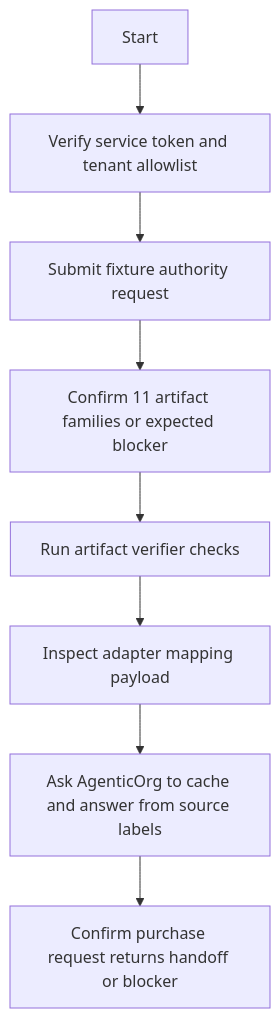
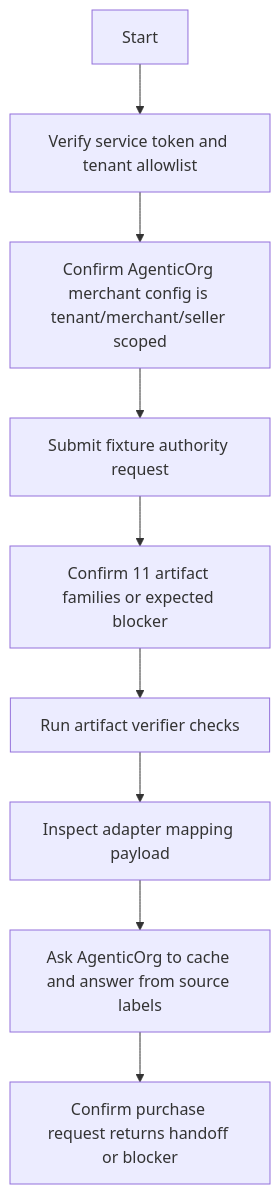
Before and after one commit to mishrasanjeev/grantex: the diagram in docs/guides/oacp/operator-runbook.mdx, drawn with Mermaid. The commit also changed other lines of this file and 14 other files, not shown here.

````diff
--- a/docs/guides/oacp/operator-runbook.mdx
+++ b/docs/guides/oacp/operator-runbook.mdx
@@ -12,10 +12,11 @@
 ```mermaid
 flowchart TD
   start[Start] --> token[Verify service token and tenant allowlist]
-  token --> request[Submit fixture authority request]
+  token --> config[Confirm AgenticOrg merchant config is tenant/merchant/seller scoped]
+  config --> request[Submit fixture authority request]
   request --> artifact[Confirm 11 artifact families or expected blocker]
   artifact --> verify[Run artifact verifier checks]
   verify --> adapters[Inspect adapter mapping payload]
   adapters --> cache[Ask AgenticOrg to cache and answer from source labels]
   cache --> purchase[Confirm purchase request returns handoff or blocker]
 ```
````
